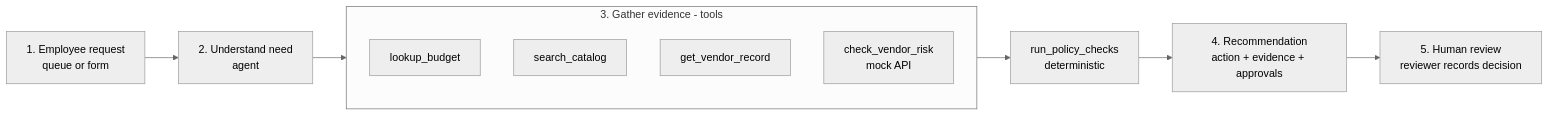
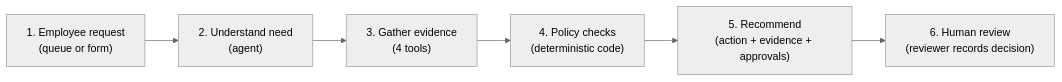
One commit to Anushika06/AI-Procurement-Request-Copilot changed the first of 4 diagrams in docs/architecture.md. Above: the diagram before and after it, drawn with Mermaid (neutral theme). The commit also changed other lines of this file and 10 other files, not shown here.

````diff
--- a/docs/architecture.md
+++ b/docs/architecture.md
@@ -5,14 +7,8 @@
 ```mermaid
 flowchart LR
-    R[1. Employee request<br/>queue or form] --> U[2. Understand need<br/>agent]
-    U --> G
-    subgraph G[3. Gather evidence - tools]
-        B[lookup_budget]
-        C[search_catalog]
-        V[get_vendor_record]
-        K[check_vendor_risk<br/>mock API]
-    end
-    G --> P[run_policy_checks<br/>deterministic]
-    P --> D[4. Recommendation<br/>action + evidence + approvals]
-    D --> H[5. Human review<br/>reviewer records decision]
+    A["1. Employee request\n(queue or form)"] --> B["2. Understand need\n(agent)"]
+    B --> C["3. Gather evidence\n(4 tools)"]
+    C --> D["4. Policy checks\n(deterministic code)"]
+    D --> E["5. Recommend\n(action + evidence + approvals)"]
+    E --> F["6. Human review\n(reviewer records decision)"]
 ```
````
